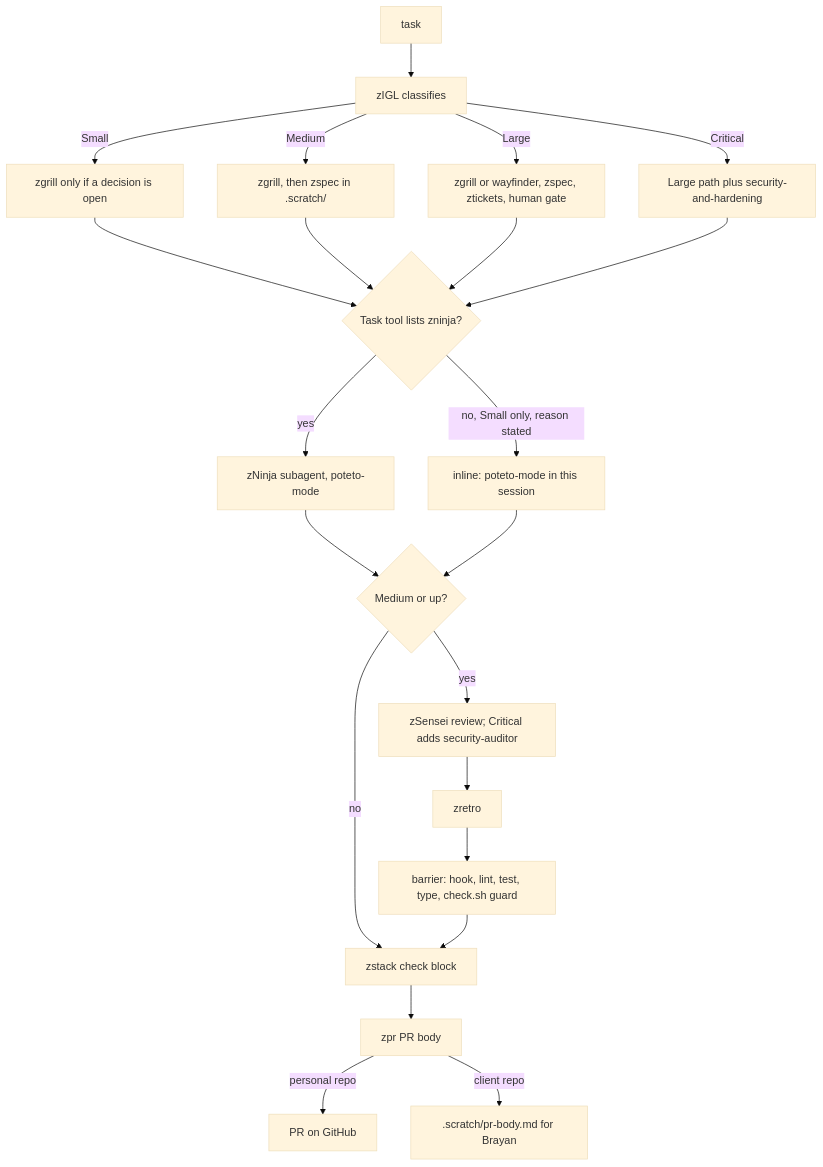
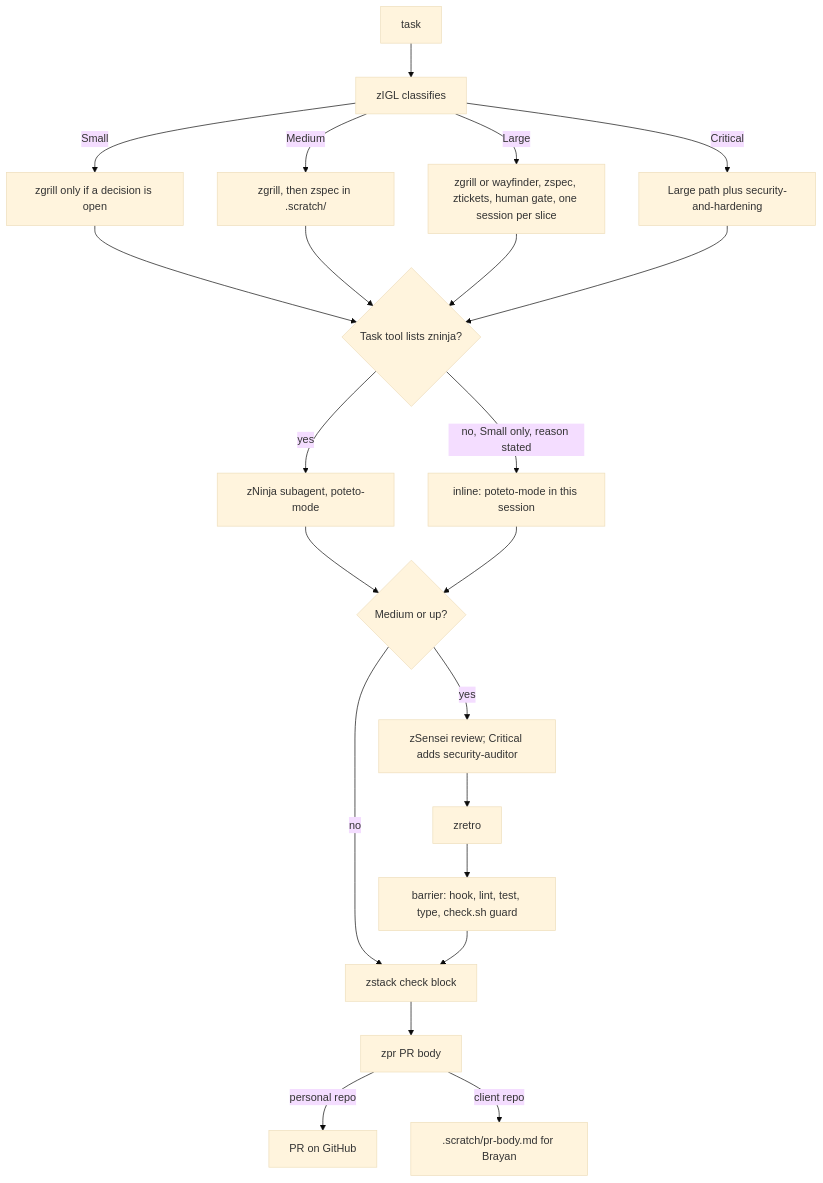
One commit to Byevenes/agent-workflow changed the second of 3 diagrams in docs/architecture.md. Above: the diagram before and after it, drawn with Mermaid (base theme). The commit also changed other lines of this file and 10 other files, not shown here.

First line of the commit message:
chore: retro block 2 — slice loop, commit-order gate, out-of-scope fix protocol (#61)

````diff
--- a/docs/architecture.md
+++ b/docs/architecture.md
@@ -34,20 +34,20 @@
 ```mermaid
 flowchart TD
   task[task] --> zigl[zIGL classifies]
   zigl -->|Small| s[zgrill only if a decision is open]
   zigl -->|Medium| m[zgrill, then zspec in .scratch/]
-  zigl -->|Large| l[zgrill or wayfinder, zspec, ztickets, human gate]
+  zigl -->|Large| l[zgrill or wayfinder, zspec, ztickets, human gate, one session per slice]
   zigl -->|Critical| c[Large path plus security-and-hardening]
   s & m & l & c --> impl{Task tool lists zninja?}
   impl -->|yes| zn[zNinja subagent, poteto-mode]
   impl -->|no, Small only, reason stated| inl[inline: poteto-mode in this session]
   zn & inl --> rev{Medium or up?}
   rev -->|yes| zs[zSensei review; Critical adds security-auditor]
   rev -->|no| ck
   zs --> retro[zretro]
   retro --> bar[barrier: hook, lint, test, type, check.sh guard]
   bar --> ck[zstack check block]
   ck --> pr[zpr PR body]
   pr -->|personal repo| gh[PR on GitHub]
   pr -->|client repo| draft[.scratch/pr-body.md for Brayan]
 ```
````
